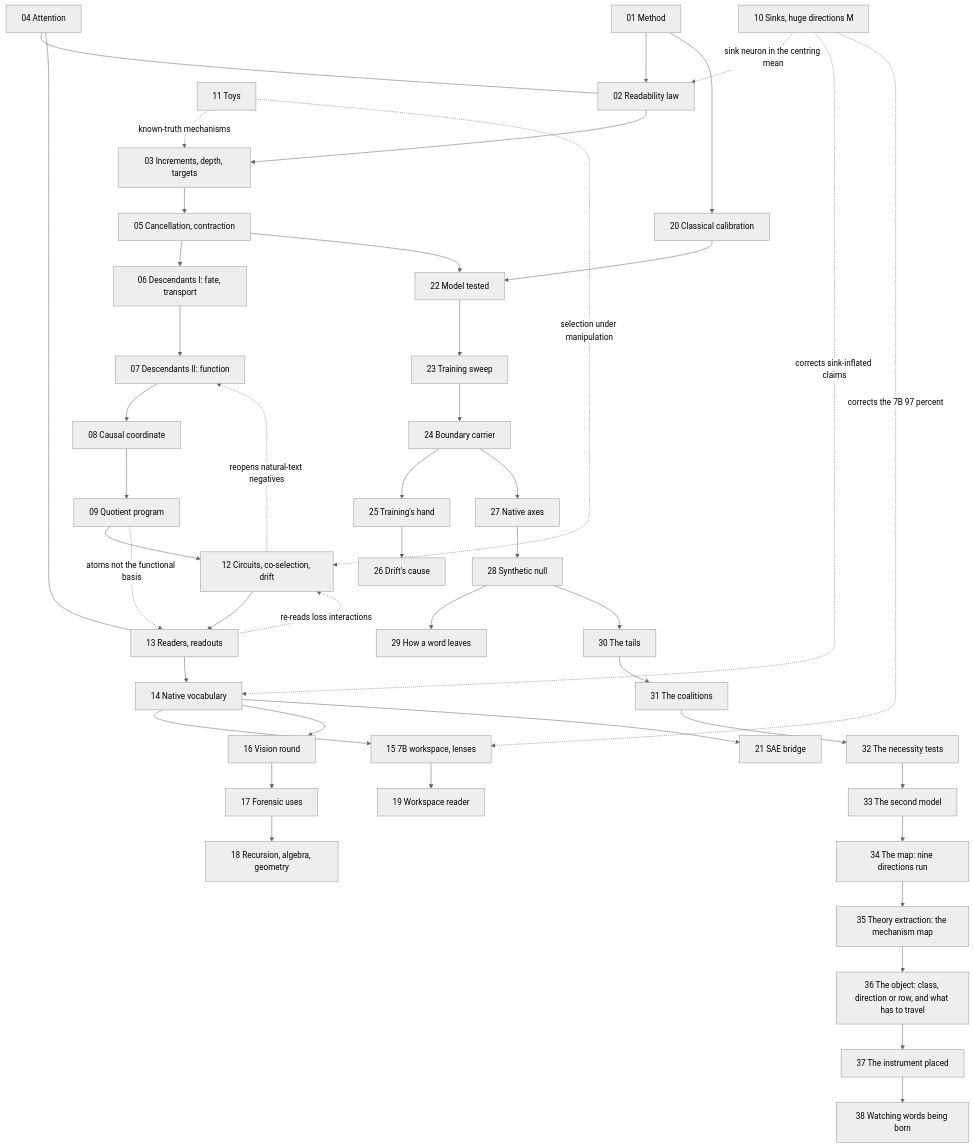
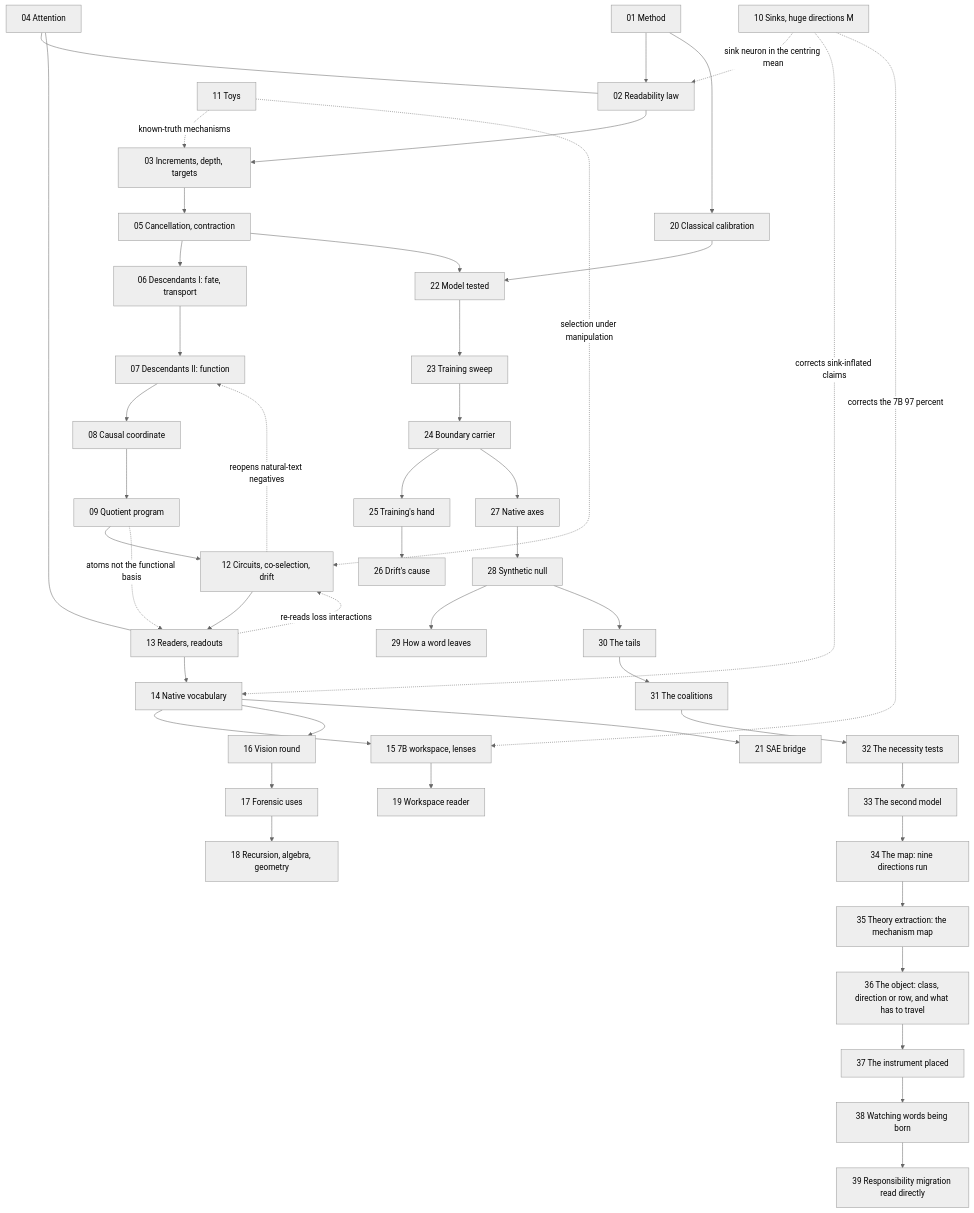
Before and after one commit to sunmoonron/wdd-descendants: the diagram in docs/ATLAS.md, drawn with Mermaid (neutral theme). The commit also changed other lines of this file and 22 other files, not shown here.

First line of the commit message:
Phase 3bt: responsibility migration read directly, the relay, the geometry of recruitment and the blocked recruit (e585-e587, atlas area 39)

````diff
--- a/docs/ATLAS.md
+++ b/docs/ATLAS.md
@@ -89,48 +90,49 @@
 ```mermaid
 flowchart TD
   A01["01 Method"] --> A02["02 Readability law"]
   A02 --> A03["03 Increments, depth, targets"]
   A03 --> A05["05 Cancellation, contraction"]
   A05 --> A06["06 Descendants I: fate, transport"]
   A06 --> A07["07 Descendants II: function"]
   A07 --> A08["08 Causal coordinate"]
   A08 --> A09["09 Quotient program"]
   A09 --> A12["12 Circuits, co-selection, drift"]
   A12 --> A13["13 Readers, readouts"]
   A13 --> A14["14 Native vocabulary"]
   A14 --> A15["15 7B workspace, lenses"]
   A14 --> A16["16 Vision round"]
   A16 --> A17["17 Forensic uses"]
   A17 --> A18["18 Recursion, algebra, geometry"]
   A15 --> A19["19 Workspace reader"]
   A01 --> A20["20 Classical calibration"]
   A14 --> A21["21 SAE bridge"]
   A20 --> A22["22 Model tested"]
   A22 --> A23["23 Training sweep"]
   A23 --> A24["24 Boundary carrier"]
   A24 --> A25["25 Training's hand"]
   A25 --> A26["26 Drift's cause"]
   A24 --> A27["27 Native axes"]
   A27 --> A28["28 Synthetic null"]
   A28 --> A29["29 How a word leaves"]
   A28 --> A30["30 The tails"]
   A30 --> A31["31 The coalitions"]
   A31 --> A32["32 The necessity tests"]
   A32 --> A33["33 The second model"]
   A33 --> A34["34 The map: nine directions run"]
   A34 --> A35["35 Theory extraction: the mechanism map"]
   A35 --> A36["36 The object: class, direction or row, and what has to travel"]
   A36 --> A37["37 The instrument placed"]
   A37 --> A38["38 Watching words being born"]
+  A38 --> A39["39 Responsibility migration read directly"]
   A05 --> A22
   A04["04 Attention"] --- A02
   A04 --- A13
   A10["10 Sinks, huge directions M"] -.->|sink neuron in the centring mean| A02
   A10 -.->|corrects sink-inflated claims| A14
   A10 -.->|corrects the 7B 97 percent| A15
   A11["11 Toys"] -.->|known-truth mechanisms| A03
   A11 -.->|selection under manipulation| A12
   A12 -.->|reopens natural-text negatives| A07
   A13 -.->|re-reads loss interactions| A12
   A09 -.->|atoms not the functional basis| A13
 ```
````
